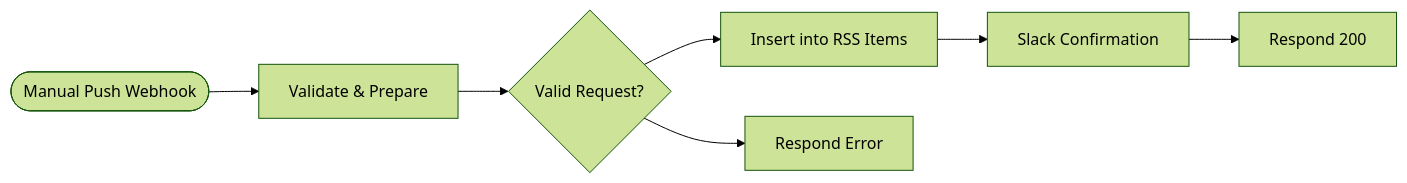
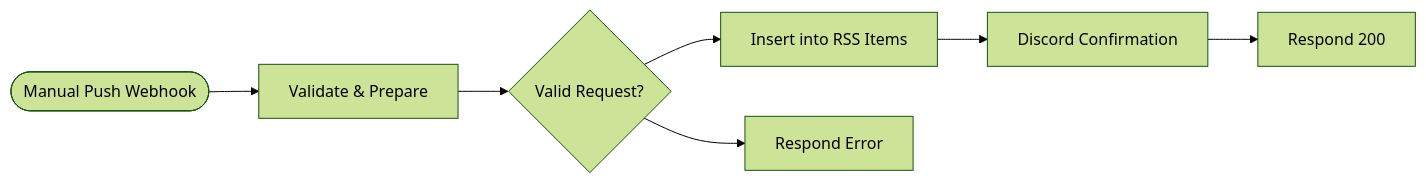
Before and after one commit to whybothercoding/n8n-smb-workflows: the diagram in workflows/newsletter/stacksignal-manual-rss-push/README.md, drawn with Mermaid (forest theme). The commit also changed other lines of this file and 18 other files, not shown here.

````diff
--- a/workflows/newsletter/stacksignal-manual-rss-push/README.md
+++ b/workflows/newsletter/stacksignal-manual-rss-push/README.md
@@ -31,16 +31,16 @@
 ```mermaid
 flowchart LR
     n0(["Manual Push Webhook"])
     n1["Validate & Prepare"]
     n2{"Valid Request?"}
     n3["Insert into RSS Items"]
-    n4["Slack Confirmation"]
+    n4["Discord Confirmation"]
     n5["Respond 200"]
     n6["Respond Error"]
     n0 --> n1
     n1 --> n2
     n2 --> n3
     n2 --> n6
     n3 --> n4
     n4 --> n5
 ```
````
